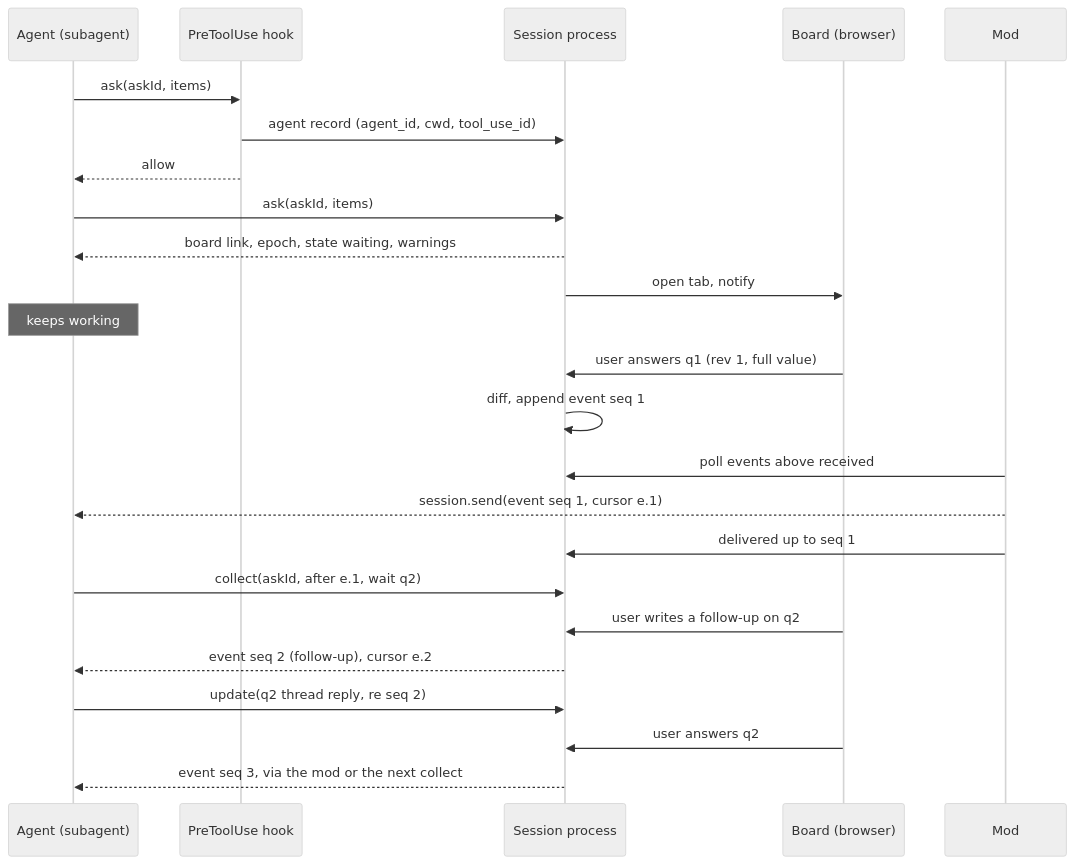
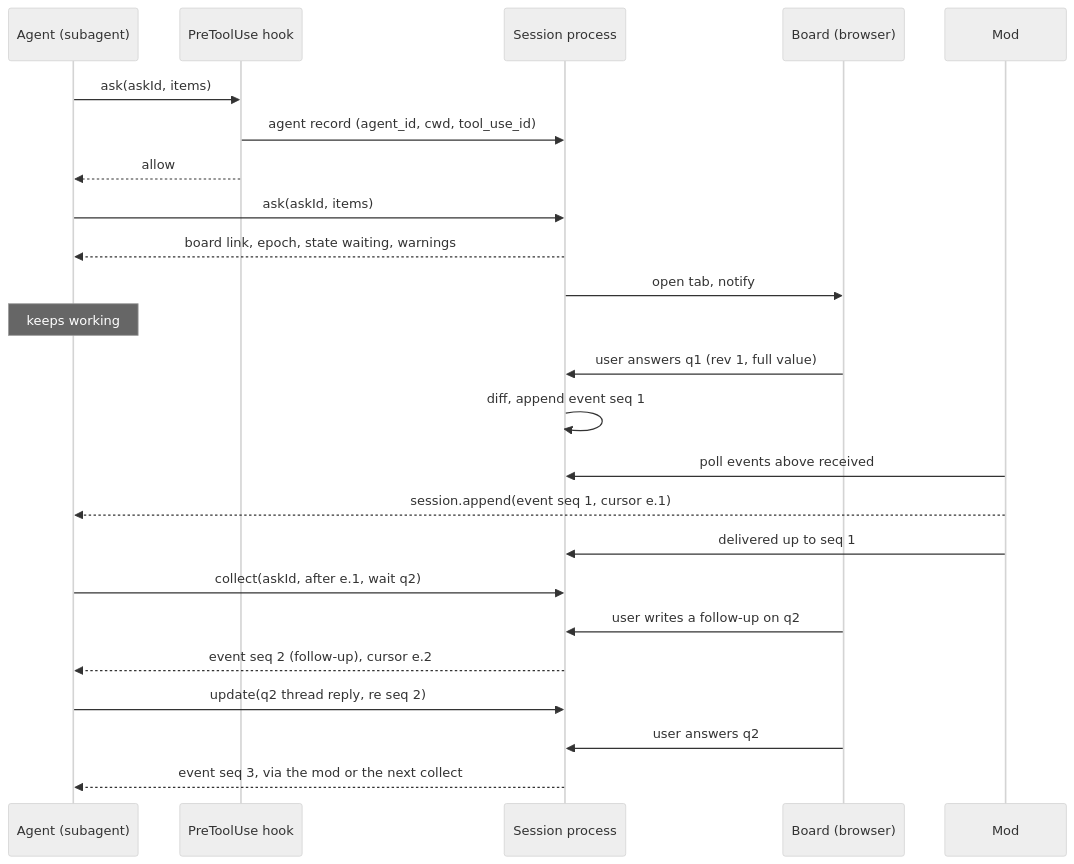
One commit to MrBogomips/askboard changed the third of 5 diagrams in docs/architecture-askboard-2026-10-27/ARCHITECTURE-SPINE.md. Above: the diagram before and after it, drawn with Mermaid (neutral theme). The commit also changed other lines of this file and 74 other files, not shown here.

````diff
--- a/docs/architecture-askboard-2026-10-27/ARCHITECTURE-SPINE.md
+++ b/docs/architecture-askboard-2026-10-27/ARCHITECTURE-SPINE.md
@@ -678,26 +684,26 @@
 ```mermaid
 sequenceDiagram
   participant A as Agent (subagent)
   participant H as PreToolUse hook
   participant S as Session process
   participant B as Board (browser)
   participant M as Mod
   A->>H: ask(askId, items)
   H->>S: agent record (agent_id, cwd, tool_use_id)
   H-->>A: allow
   A->>S: ask(askId, items)
   S-->>A: board link, epoch, state waiting, warnings
   S->>B: open tab, notify
   Note over A: keeps working
   B->>S: user answers q1 (rev 1, full value)
   S->>S: diff, append event seq 1
   M->>S: poll events above received
-  M-->>A: session.send(event seq 1, cursor e.1)
+  M-->>A: session.append(event seq 1, cursor e.1)
   M->>S: delivered up to seq 1
   A->>S: collect(askId, after e.1, wait q2)
   B->>S: user writes a follow-up on q2
   S-->>A: event seq 2 (follow-up), cursor e.2
   A->>S: update(q2 thread reply, re seq 2)
   B->>S: user answers q2
   S-->>A: event seq 3, via the mod or the next collect
 ```
````
